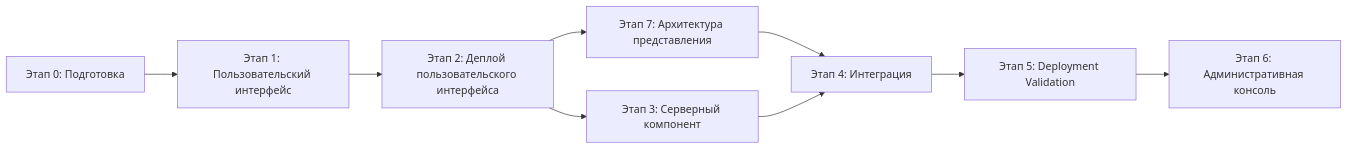
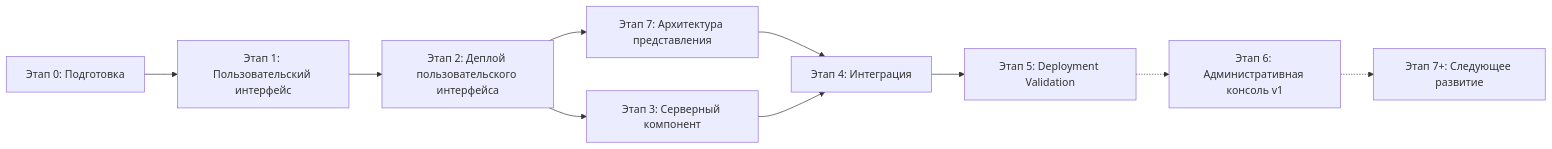
The diagram in docs/IMPLEMENTATION_PLAN.md (AlexLvGulyaev/AI-Portfolio), drawn with Mermaid before and after one commit. The commit also changed other lines of this file and 2 other files, not shown here.

````diff
--- a/docs/IMPLEMENTATION_PLAN.md
+++ b/docs/IMPLEMENTATION_PLAN.md
@@ -53,11 +55,12 @@
 ```mermaid
 flowchart LR
     E0[Этап 0: Подготовка] --> E1[Этап 1: Пользовательский интерфейс]
     E1 --> E2[Этап 2: Деплой пользовательского интерфейса]
     E2 --> E7[Этап 7: Архитектура представления]
     E2 --> E3[Этап 3: Серверный компонент]
     E7 --> E4[Этап 4: Интеграция]
     E3 --> E4
     E4 --> E5[Этап 5: Deployment Validation]
-    E5 --> E6[Этап 6: Административная консоль]
+    E5 -.-> E6[Этап 6: Административная консоль v1]
+    E6 -.-> E7B[Этап 7+: Следующее развитие]
 ```
````
